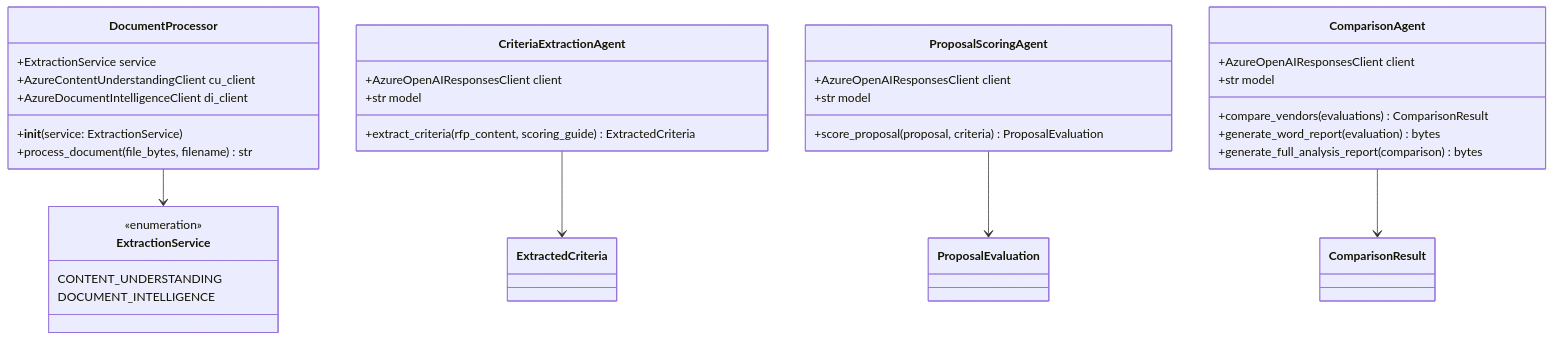
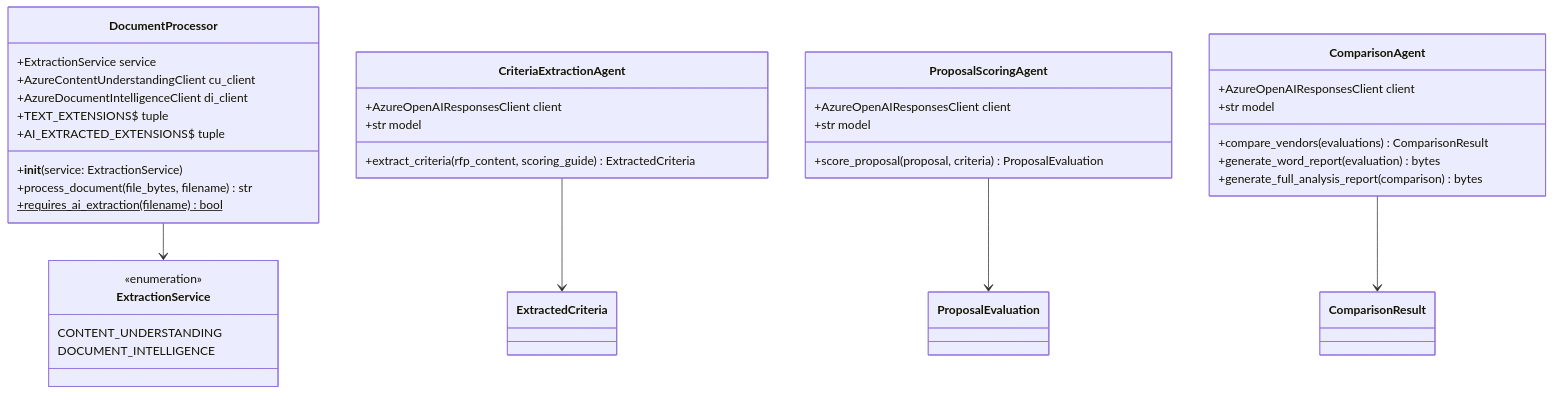
Before and after one commit to amgdy/rfp-analyzer: diagram 22 of 23 in docs/ARCHITECTURE.md, drawn with Mermaid. The commit also changed other lines of this file and 5 other files, not shown here.

First line of the commit message:
Fix step1_upload IndentationError, update .env.example, IaC, README, and ARCHITECTURE docs

````diff
--- a/docs/ARCHITECTURE.md
+++ b/docs/ARCHITECTURE.md
@@ -862,41 +908,44 @@
 ```mermaid
 classDiagram
     class DocumentProcessor {
         +ExtractionService service
         +AzureContentUnderstandingClient cu_client
         +AzureDocumentIntelligenceClient di_client
         +__init__(service: ExtractionService)
         +process_document(file_bytes, filename) str
+        +requires_ai_extraction(filename)$ bool
+        +TEXT_EXTENSIONS$ tuple
+        +AI_EXTRACTED_EXTENSIONS$ tuple
     }
     
     class CriteriaExtractionAgent {
         +AzureOpenAIResponsesClient client
         +str model
         +extract_criteria(rfp_content, scoring_guide) ExtractedCriteria
     }
     
     class ProposalScoringAgent {
         +AzureOpenAIResponsesClient client
         +str model
         +score_proposal(proposal, criteria) ProposalEvaluation
     }
     
     class ComparisonAgent {
         +AzureOpenAIResponsesClient client
         +str model
         +compare_vendors(evaluations) ComparisonResult
         +generate_word_report(evaluation) bytes
         +generate_full_analysis_report(comparison) bytes
     }
     
     class ExtractionService {
         <<enumeration>>
         CONTENT_UNDERSTANDING
         DOCUMENT_INTELLIGENCE
     }
     
     DocumentProcessor --> ExtractionService
     CriteriaExtractionAgent --> ExtractedCriteria
     ProposalScoringAgent --> ProposalEvaluation
     ComparisonAgent --> ComparisonResult
 ```
````
